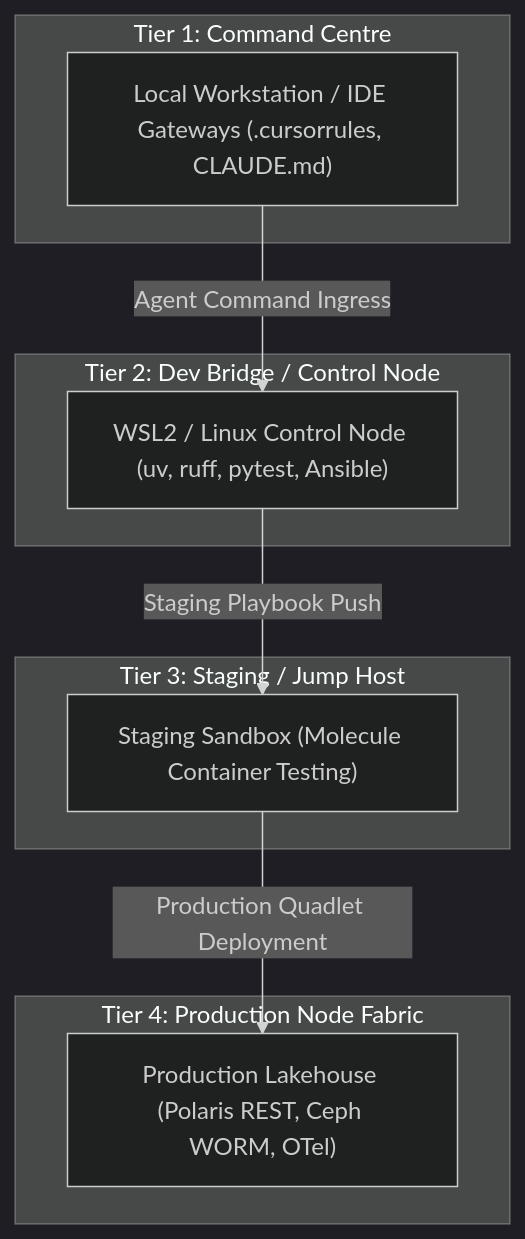
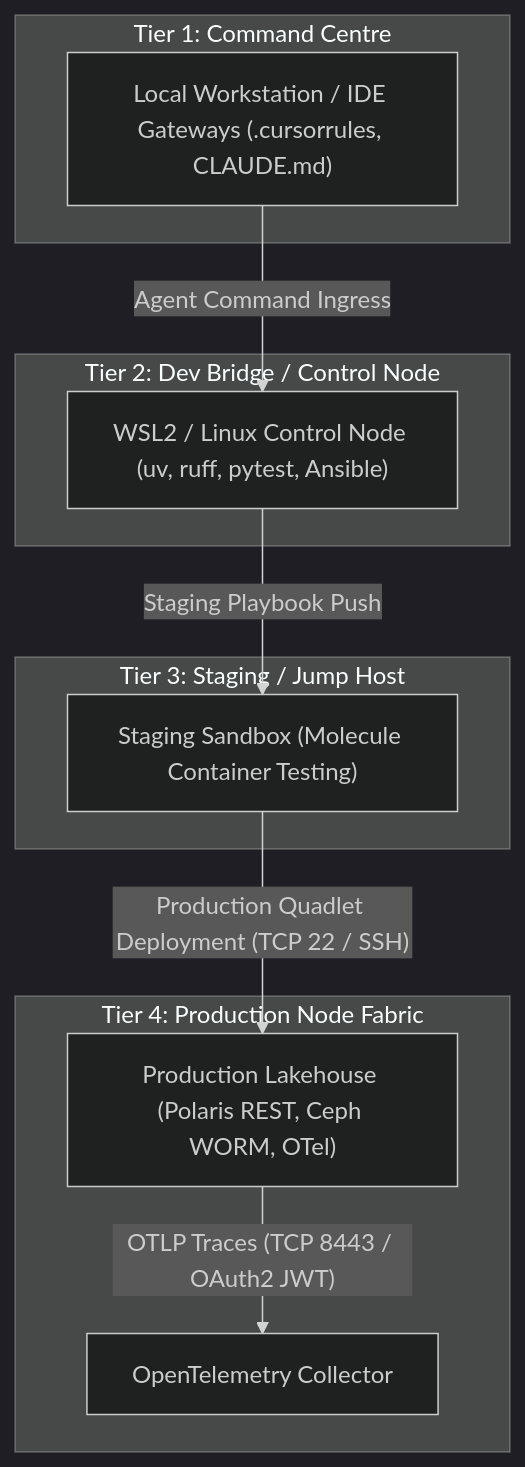
The diagram in docs/AI-COGNITIVE-TWIN-PROTOCOL.md (linuxmalaysia/bda-ai-infra), drawn with Mermaid (dark theme) before and after one commit. The commit also changed other lines of this file and 9 other files, not shown here.

First line of the commit message:
docs: complete PR comment diagram alignment and protocol standardization

````diff
--- a/docs/AI-COGNITIVE-TWIN-PROTOCOL.md
+++ b/docs/AI-COGNITIVE-TWIN-PROTOCOL.md
@@ -78,22 +86,24 @@
 ```mermaid
 flowchart TD
     subgraph T1 ["Tier 1: Command Centre"]
         IDE["Local Workstation / IDE Gateways (.cursorrules, CLAUDE.md)"]
     end
 
     subgraph T2 ["Tier 2: Dev Bridge / Control Node"]
         Sandbox["WSL2 / Linux Control Node (uv, ruff, pytest, Ansible)"]
     end
 
     subgraph T3 ["Tier 3: Staging / Jump Host"]
         Staging["Staging Sandbox (Molecule Container Testing)"]
     end
 
     subgraph T4 ["Tier 4: Production Node Fabric"]
         Production["Production Lakehouse (Polaris REST, Ceph WORM, OTel)"]
+        OTel["OpenTelemetry Collector"]
     end
 
     IDE -->|"Agent Command Ingress"| Sandbox
     Sandbox -->|"Staging Playbook Push"| Staging
-    Staging -->|"Production Quadlet Deployment"| Production
+    Staging -->|"Production Quadlet Deployment (TCP 22 / SSH)"| Production
+    Production -->|"OTLP Traces (TCP 8443 / OAuth2 JWT)"| OTel
 ```
````
